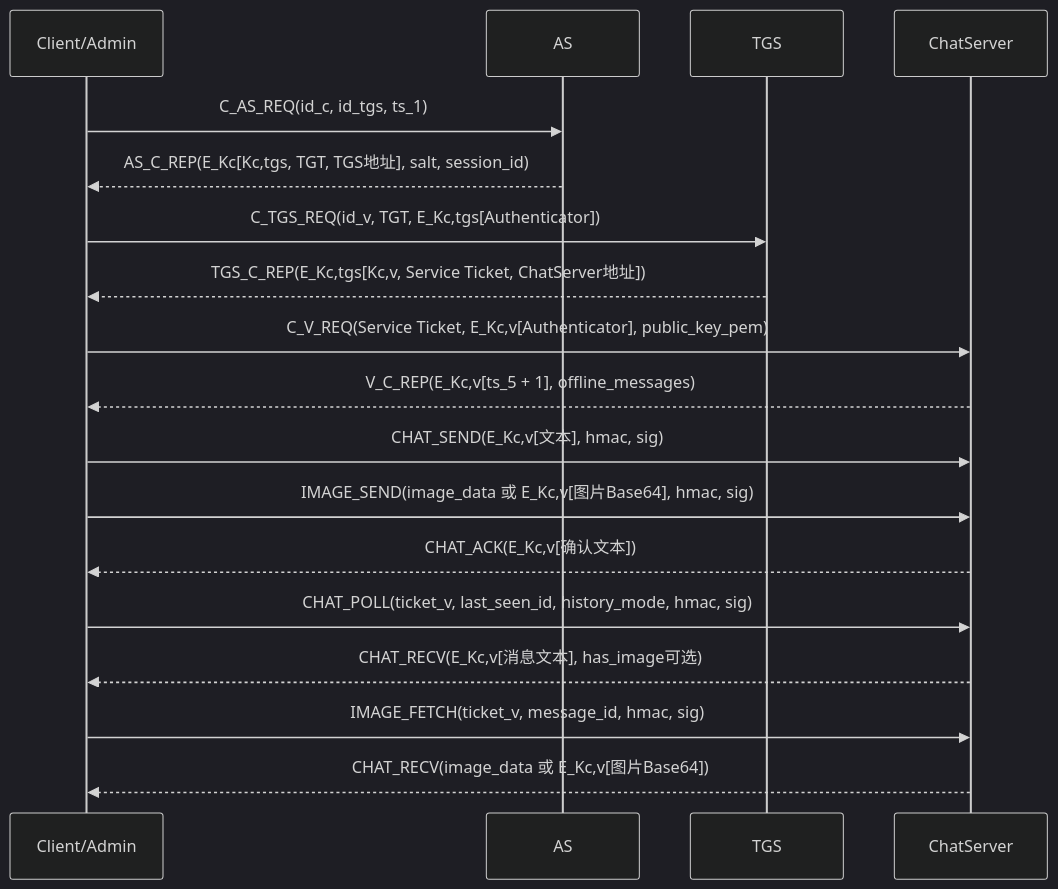
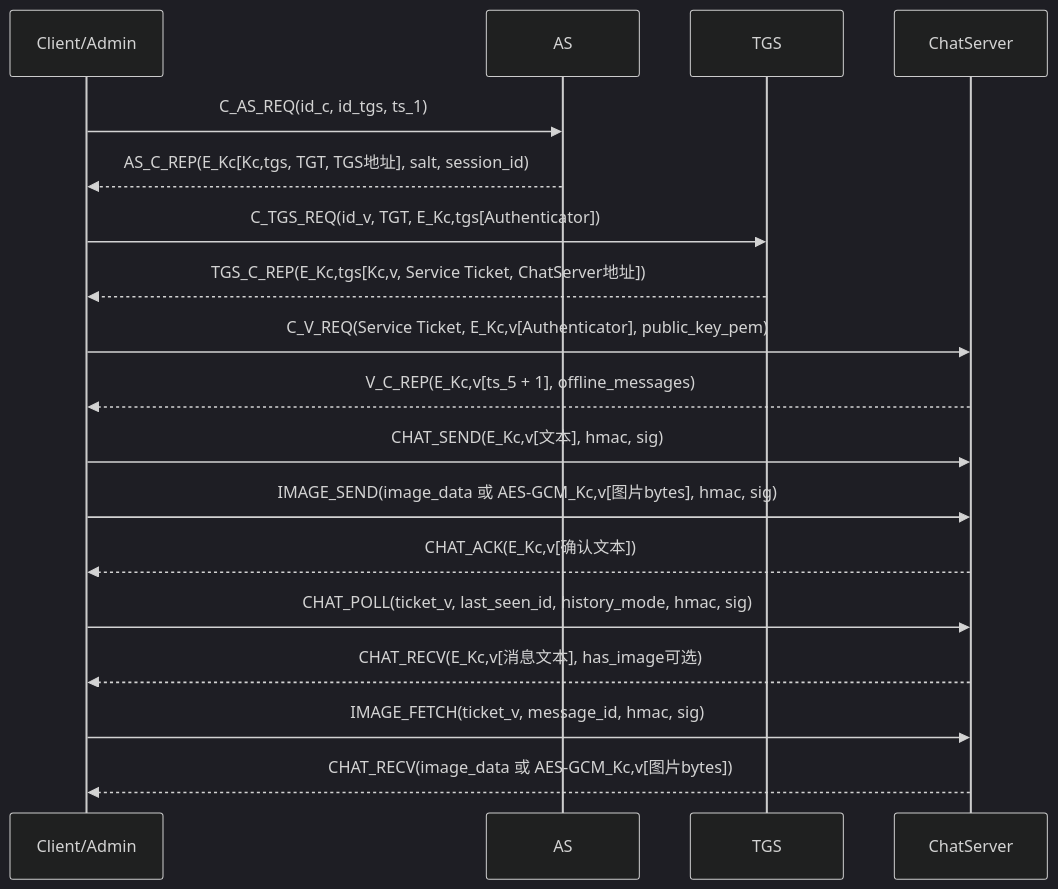
Before and after one commit to frcdde148/safechat: the diagram in docs/protocol.md, drawn with Mermaid (dark theme). The commit also changed other lines of this file and 11 other files, not shown here.

Commit message:
优化了图片加密

````diff
--- a/docs/protocol.md
+++ b/docs/protocol.md
@@ -781,21 +790,21 @@
 ```mermaid
 sequenceDiagram
     participant C as Client/Admin
     participant AS as AS
     participant TGS as TGS
     participant V as ChatServer
 
     C->>AS: C_AS_REQ(id_c, id_tgs, ts_1)
     AS-->>C: AS_C_REP(E_Kc[Kc,tgs, TGT, TGS地址], salt, session_id)
     C->>TGS: C_TGS_REQ(id_v, TGT, E_Kc,tgs[Authenticator])
     TGS-->>C: TGS_C_REP(E_Kc,tgs[Kc,v, Service Ticket, ChatServer地址])
     C->>V: C_V_REQ(Service Ticket, E_Kc,v[Authenticator], public_key_pem)
     V-->>C: V_C_REP(E_Kc,v[ts_5 + 1], offline_messages)
     C->>V: CHAT_SEND(E_Kc,v[文本], hmac, sig)
-    C->>V: IMAGE_SEND(image_data 或 E_Kc,v[图片Base64], hmac, sig)
+    C->>V: IMAGE_SEND(image_data 或 AES-GCM_Kc,v[图片bytes], hmac, sig)
     V-->>C: CHAT_ACK(E_Kc,v[确认文本])
     C->>V: CHAT_POLL(ticket_v, last_seen_id, history_mode, hmac, sig)
     V-->>C: CHAT_RECV(E_Kc,v[消息文本], has_image可选)
     C->>V: IMAGE_FETCH(ticket_v, message_id, hmac, sig)
-    V-->>C: CHAT_RECV(image_data 或 E_Kc,v[图片Base64])
+    V-->>C: CHAT_RECV(image_data 或 AES-GCM_Kc,v[图片bytes])
 ```
````
